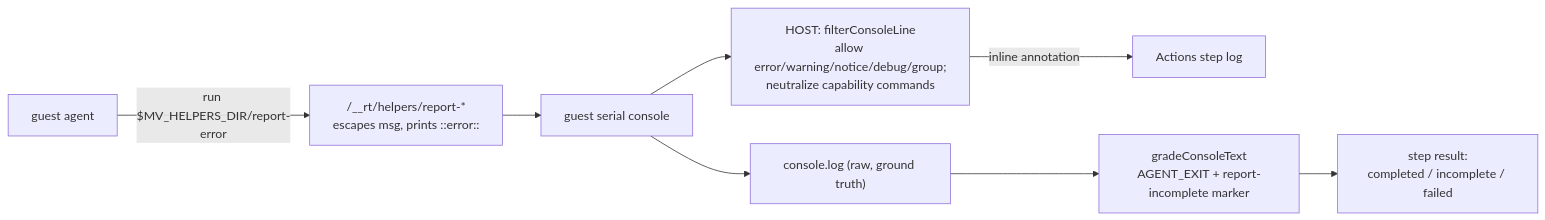
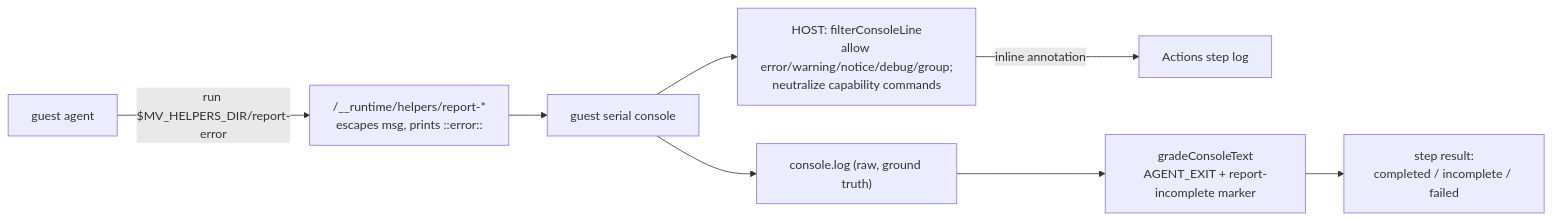
Before and after one commit to ericsciple/microvm-agent: the fifth of 7 diagrams in docs/architecture.md, drawn with Mermaid. The commit also changed other lines of this file and 6 other files, not shown here.

First line of the commit message:
Rename guest runtime dir /__rt -> /__runtime; pin images v0.0.2

````diff
--- a/docs/architecture.md
+++ b/docs/architecture.md
@@ -199,10 +199,10 @@
 ```mermaid
 flowchart LR
-  AG["guest agent"] -->|"run $MV_HELPERS_DIR/report-error"| HLP["/__rt/helpers/report-*<br/>escapes msg, prints ::error::"]
+  AG["guest agent"] -->|"run $MV_HELPERS_DIR/report-error"| HLP["/__runtime/helpers/report-*<br/>escapes msg, prints ::error::"]
   HLP --> CON["guest serial console"]
   CON --> FILT["HOST: filterConsoleLine<br/>allow error/warning/notice/debug/group;<br/>neutralize capability commands"]
   FILT -->|inline annotation| LOG["Actions step log"]
   CON --> RAW["console.log (raw, ground truth)"]
   RAW --> GRADE["gradeConsoleText<br/>AGENT_EXIT + report-incomplete marker"]
   GRADE --> RES["step result:<br/>completed / incomplete / failed"]
 ```
````
